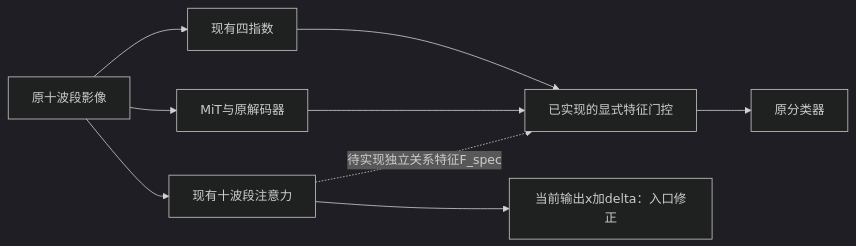
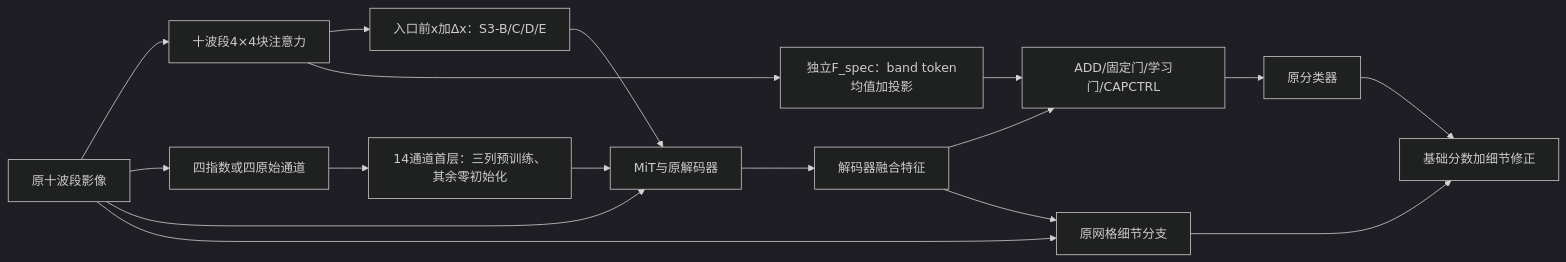
One commit to niupai1001/disaster-detect changed the fourth of 5 diagrams in landslide-seg/docs/MODEL_EVOLUTION.md. Above: the diagram before and after it, drawn with Mermaid (dark theme). The commit also changed other lines of this file and 187 other files, not shown here.

````diff
--- a/landslide-seg/docs/MODEL_EVOLUTION.md
+++ b/landslide-seg/docs/MODEL_EVOLUTION.md
@@ -279,11 +281,19 @@
 ```mermaid
 flowchart LR
-  X[原十波段影像] --> V[MiT与原解码器]
-  X --> I[现有四指数]
-  I --> G[已实现的显式特征门控]
-  V --> G
+  X[原十波段影像] --> R[十波段4×4块注意力]
+  R --> E[入口前x加Δx：S3-B/C/D/E]
+  E --> V[MiT与原解码器]
+  X --> I[四指数或四原始通道]
+  I --> V14[14通道首层：三列预训练、其余零初始化]
+  V14 --> V
+  X --> V
+  V --> D[解码器融合特征]
+  R --> F[独立F_spec：band token均值加投影]
+  D --> G[ADD/固定门/学习门/CAPCTRL]
+  F --> G
   G --> C[原分类器]
-  X --> R[现有十波段注意力]
-  R --> E[当前输出x加delta：入口修正]
-  R -. 待实现独立关系特征F_spec .-> G
+  D --> H[原网格细节分支]
+  X --> H
+  H --> O[基础分数加细节修正]
+  C --> O
 ```
````
